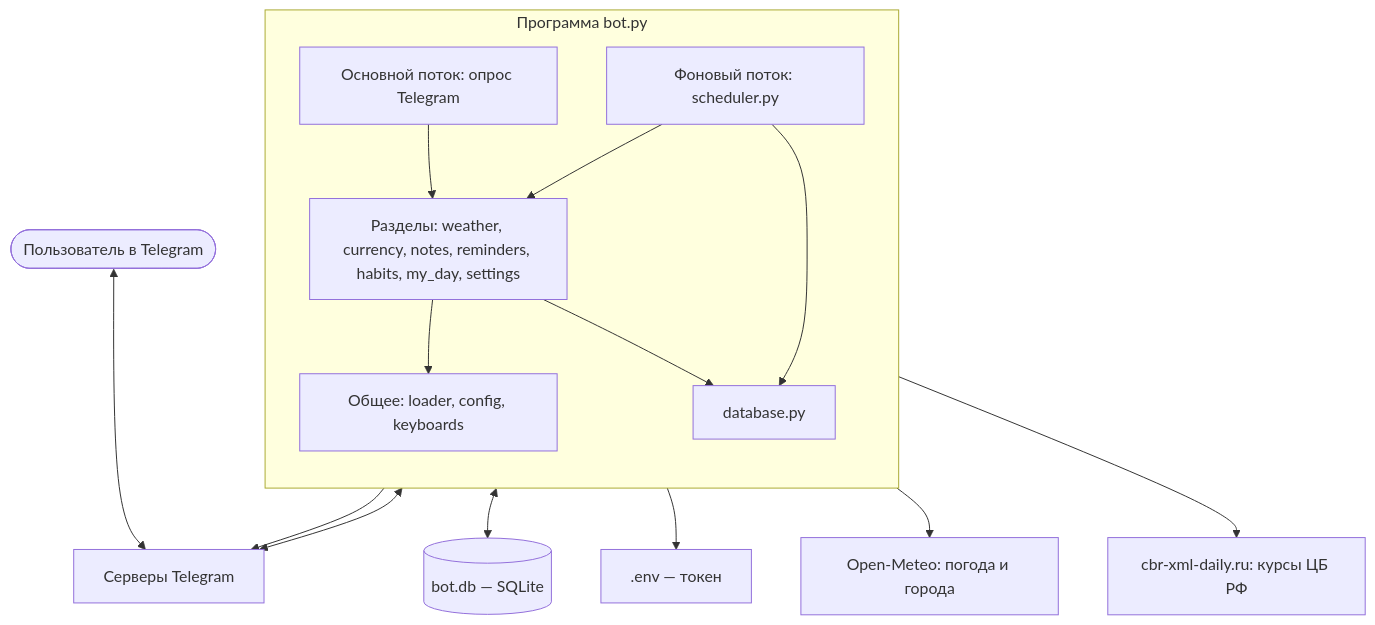
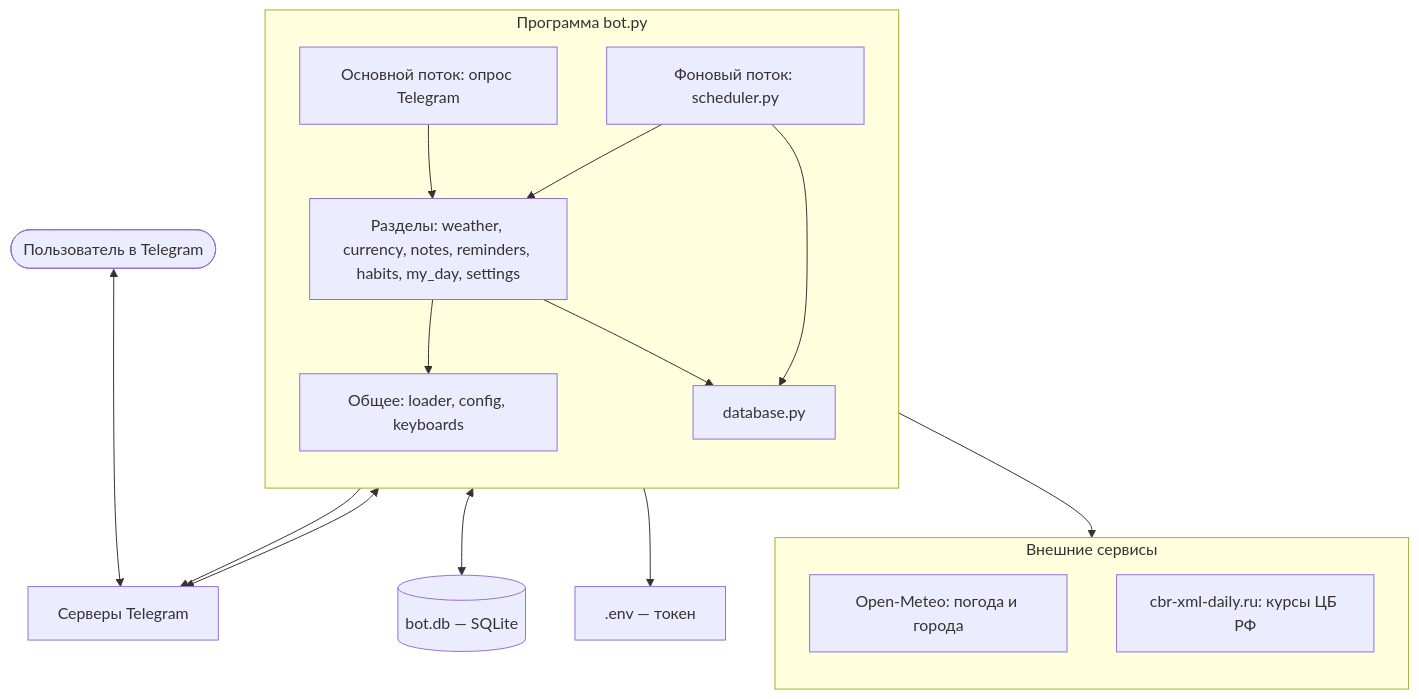
Before and after one commit to APELSINKos/tgbotcoursework: the first of 5 diagrams in docs/ARCHITECTURE.md, drawn with Mermaid. The commit also changed other lines of this file, not shown here.

Commit message:
docs: уточнены схемы в описании архитектуры

````diff
--- a/docs/ARCHITECTURE.md
+++ b/docs/ARCHITECTURE.md
@@ -68,32 +68,35 @@
 ```mermaid
 flowchart TB
     user(["Пользователь в Telegram"])
     tg["Серверы Telegram"]
 
     subgraph app ["Программа bot.py"]
         direction TB
         polling["Основной поток: опрос Telegram"]
         sched["Фоновый поток: scheduler.py"]
         sections["Разделы: weather, currency, notes, reminders, habits, my_day, settings"]
         common["Общее: loader, config, keyboards"]
         db["database.py"]
     end
 
     file[("bot.db — SQLite")]
     env[".env — токен"]
-    meteo["Open-Meteo: погода и города"]
-    cbr["cbr-xml-daily.ru: курсы ЦБ РФ"]
+
+    subgraph ext ["Внешние сервисы"]
+        direction TB
+        meteo["Open-Meteo: погода и города"]
+        cbr["cbr-xml-daily.ru: курсы ЦБ РФ"]
+    end
 
     user <--> tg
     tg <--> polling
     polling --> sections
     sched --> sections
     sched --> tg
     sections --> common
     sections --> db
     sched --> db
     db <--> file
     common --> env
-    sections --> meteo
-    sections --> cbr
+    sections --> ext
 ```
````
